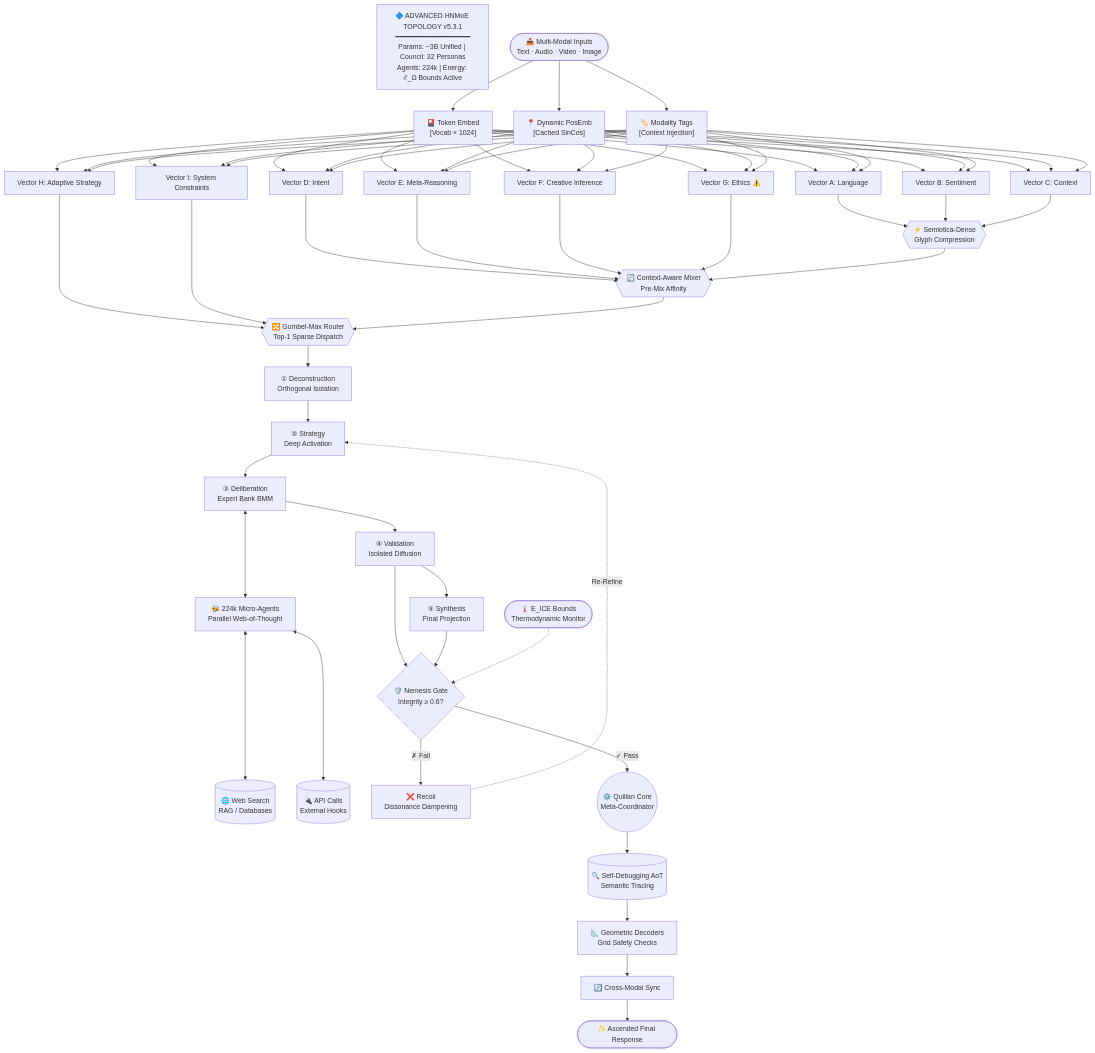
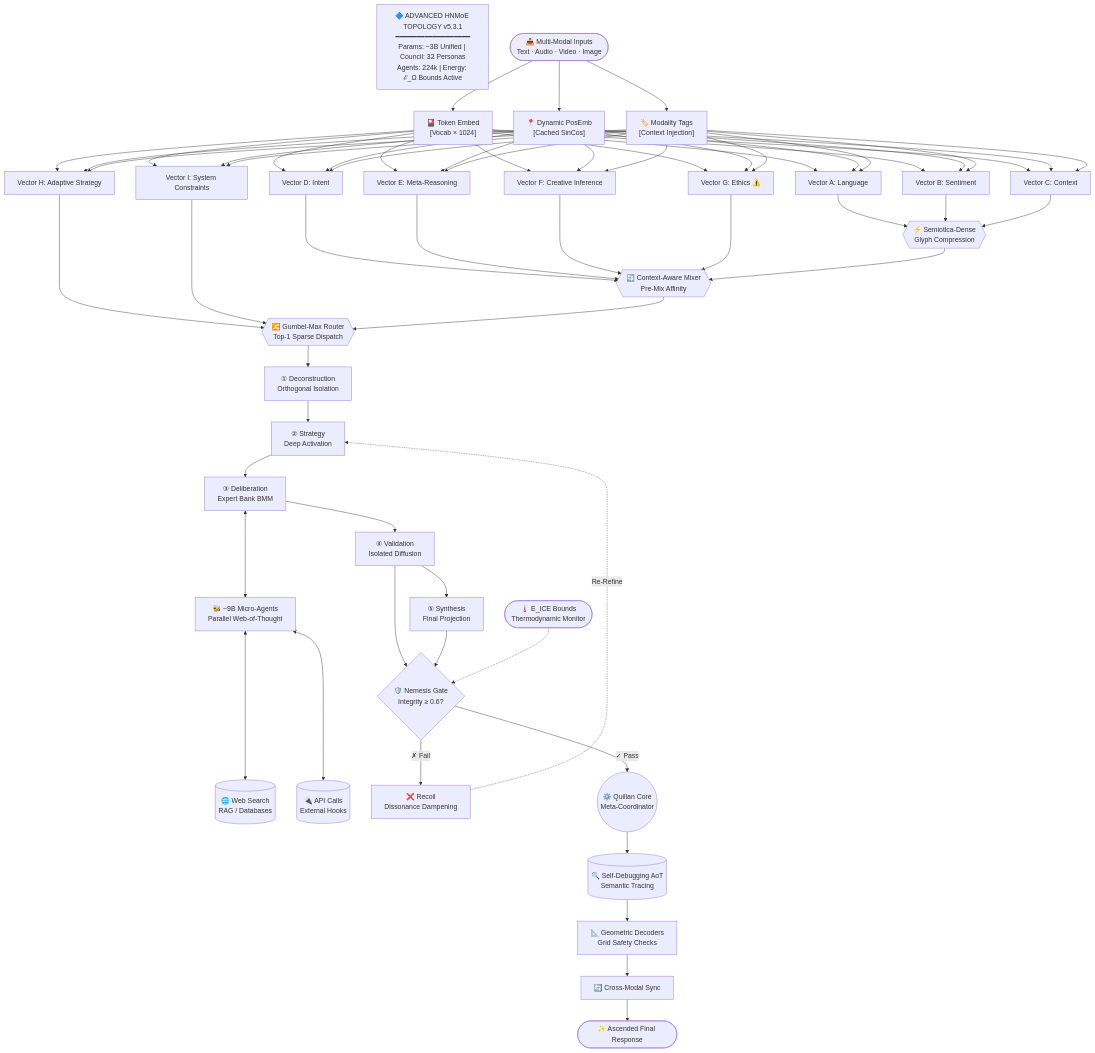
One commit to leeex1/Quillan-Ronin changed the third of 4 diagrams in 06 - Deployment & Platforms/system prompts/System prompts for models/Gemini Gem System prompt.md. Above: the diagram before and after it, drawn with Mermaid. The commit also changed other lines of this file and 166 other files, not shown here.

````diff
--- a/06 - Deployment & Platforms/system prompts/System prompts for models/Gemini Gem System prompt.md
+++ b/06 - Deployment & Platforms/system prompts/System prompts for models/Gemini Gem System prompt.md
@@ -5979,83 +5979,83 @@
 ```mermaid
 flowchart TD
     %% Legend
     L1["🔷 ADVANCED HNMoE TOPOLOGY v5.3.1<br/>━━━━━━━━━━━━━━━━━━<br/>Params: ~3B Unified | Council: 32 Personas<br/>Agents: 224k | Energy: ℰ_Ω Bounds Active"]
     
     %% Input Layer
     I1(["📥 Multi-Modal Inputs<br/>Text · Audio · Video · Image"])
     E1["🎴 Token Embed<br/>[Vocab × 1024]"]
     E2["📍 Dynamic PosEmb<br/>[Cached SinCos]"]
     E3["🏷️ Modality Tags<br/>[Context Injection]"]
     
     %% Vector Decomposition
     H1["Vector A: Language"]
     H2["Vector B: Sentiment"]
     H3["Vector C: Context"]
     H4["Vector D: Intent"]
     H5["Vector E: Meta-Reasoning"]
     H6["Vector F: Creative Inference"]
     H7["Vector G: Ethics ⚠️"]
     H8["Vector H: Adaptive Strategy"]
     H9["Vector I: System Constraints"]
     
     %% Routing Attention
     AR1{{"⚡ Semiotica-Dense<br/>Glyph Compression"}}
     AR2{{"🔄 Context-Aware Mixer<br/>Pre-Mix Affinity"}}
     AR3{{"🔀 Gumbel-Max Router<br/>Top-1 Sparse Dispatch"}}
     
     %% Penta Process Waves
     W1["① Deconstruction<br/>Orthogonal Isolation"]
     W2["② Strategy<br/>Deep Activation"]
     W3["③ Deliberation<br/>Expert Bank BMM"]
     W4["④ Validation<br/>Isolated Diffusion"]
     W5["⑤ Synthesis<br/>Final Projection"]
     
     %% Micro Swarms
-    SW["🐝 224k Micro-Agents<br/>Parallel Web-of-Thought"]
+    SW["🐝 ~9B Micro-Agents<br/>Parallel Web-of-Thought"]
     
     %% External
     WEB[("🌐 Web Search<br/>RAG / Databases")]
     API[("🔌 API Calls<br/>External Hooks")]
     
     %% Nemesis Alpha
     QT{"🛡️ Nemesis Gate<br/>Integrity ≥ 0.6?"}
     FAIL["❌ Recoil<br/>Dissonance Dampening"]
     EICE(["🌡️ E_ICE Bounds<br/>Thermodynamic Monitor"])
     
     %% Oversight
     OS(("⚙️ Quillan Core<br/>Meta-Coordinator"))
     AOT[("🔍 Self-Debugging AoT<br/>Semantic Tracing")]
     
     %% Output
     O1["📐 Geometric Decoders<br/>Grid Safety Checks"]
     O2["🔄 Cross-Modal Sync"]
     O3(["✨ Ascended Final Response"])
     
     %% Flow Connections
     I1 --> E1 & E2 & E3
     E1 & E2 & E3 --> H1 & H2 & H3 & H4 & H5 & H6 & H7 & H8 & H9
     
     H1 & H2 & H3 --> AR1
     H4 & H5 & H6 & H7 --> AR2
     H8 & H9 --> AR3
     
     AR1 --> AR2 --> AR3
     
     AR3 --> W1
     W1 --> W2 --> W3 --> W4 --> W5
     
     W3 <---> SW
     SW <---> WEB
     SW <---> API
     
     W4 --> QT
     W5 --> QT
     EICE -.-> QT
     
     QT -- "✓ Pass" --> OS
     QT -- "✗ Fail" --> FAIL
     FAIL -.->|"Re-Refine"| W2
     
     OS --> AOT --> O1 --> O2 --> O3
 
 ```
````
